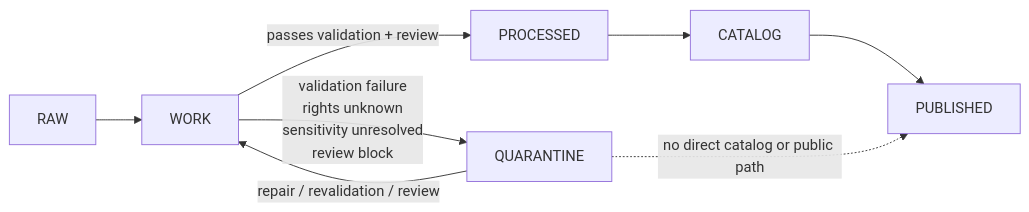
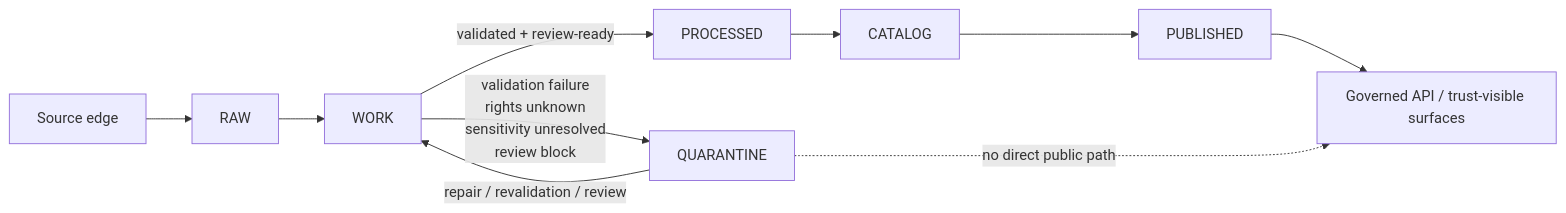
One commit to bartytime4life/Kansas-Frontier-Matrix changed the diagram in data/quarantine/README.md. Above: the diagram before and after it, drawn with Mermaid. The commit also changed other lines of this file, not shown here.

````diff
--- a/data/quarantine/README.md
+++ b/data/quarantine/README.md
@@ -238,11 +346,15 @@
 ```mermaid
 flowchart LR
-    A[RAW] --> B[WORK]
-    B -->|passes validation + review| C[PROCESSED]
-    B -->|validation failure<br/>rights unknown<br/>sensitivity unresolved<br/>review block| Q[QUARANTINE]
-    Q -->|repair / revalidation / review| B
-    C --> D[CATALOG]
-    D --> E[PUBLISHED]
+    S[Source edge] --> R[RAW]
+    R --> W[WORK]
 
-    Q -. no direct catalog or public path .-> E
+    W -->|validation failure<br/>rights unknown<br/>sensitivity unresolved<br/>review block| Q[QUARANTINE]
+    W -->|validated + review-ready| P[PROCESSED]
+
+    Q -->|repair / revalidation / review| W
+    P --> C[CATALOG]
+    C --> U[PUBLISHED]
+    U --> API[Governed API / trust-visible surfaces]
+
+    Q -. no direct public path .-> API
 ```
````
